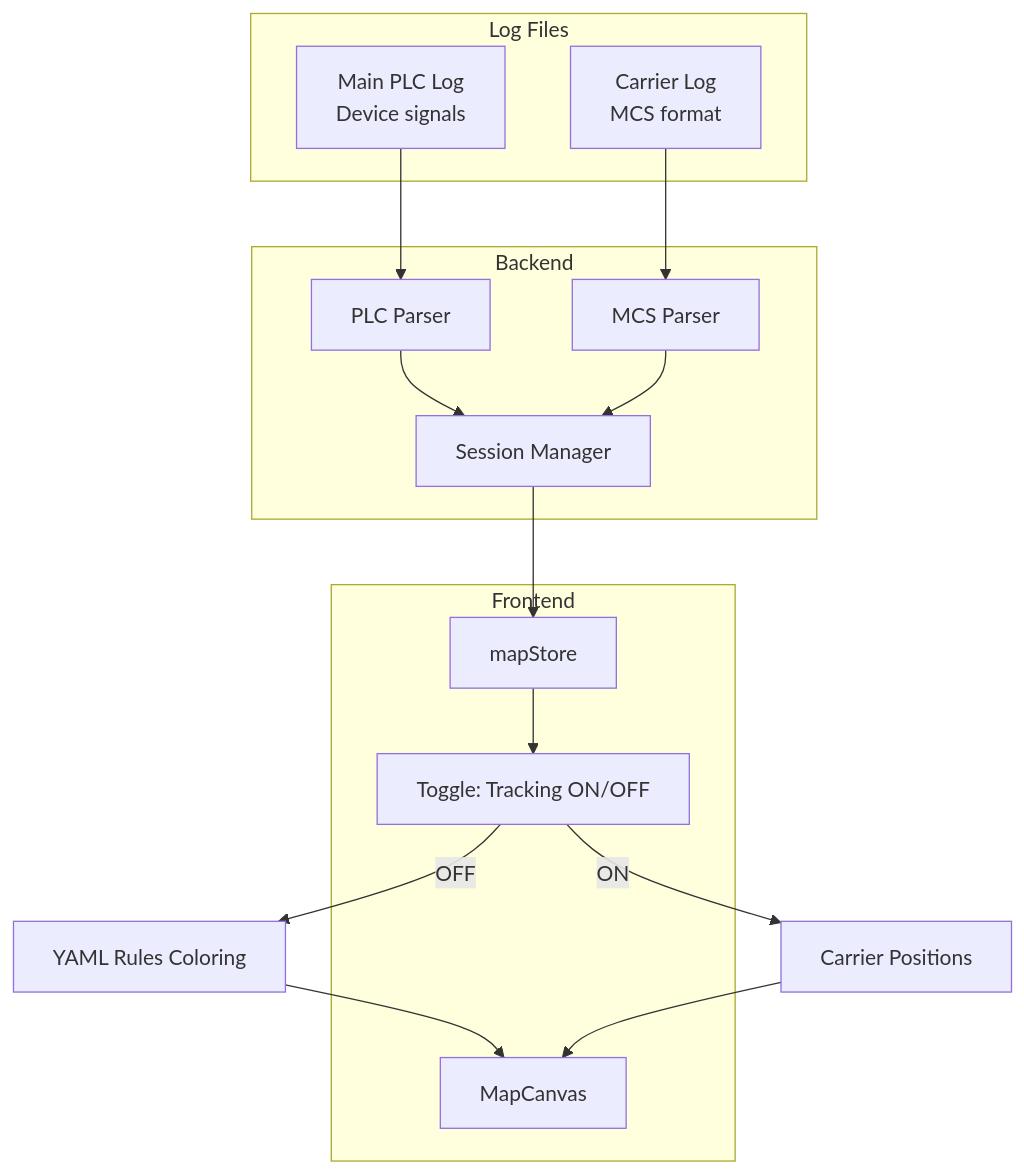
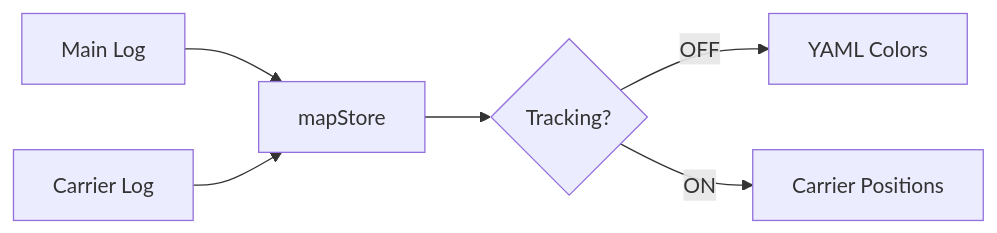
One commit to SulthanZahran91/LOG_VISUALIZER_WEB changed the diagram in CONTEXT.md. Above: the diagram before and after it, drawn with Mermaid. The commit also changed other lines of this file and 5 other files, not shown here.

````diff
--- a/CONTEXT.md
+++ b/CONTEXT.md
@@ -150,28 +94,8 @@
 ```mermaid
-flowchart TD
-    subgraph "Log Files"
-        A[Main PLC Log<br/>Device signals]
-        B[Carrier Log<br/>MCS format]
-    end
-    
-    subgraph "Backend"
-        C[PLC Parser]
-        D[MCS Parser]
-        E[Session Manager]
-    end
-    
-    subgraph "Frontend"
-        F[mapStore]
-        G["Toggle: Tracking ON/OFF"]
-        H[MapCanvas]
-    end
-    
-    A --> C --> E
-    B --> D --> E
-    E --> F
-    F --> G
-    G -->|OFF| I[YAML Rules Coloring]
-    G -->|ON| J[Carrier Positions]
-    I --> H
-    J --> H
+flowchart LR
+    A[Main Log] --> C[mapStore]
+    B[Carrier Log] --> C
+    C --> D{Tracking?}
+    D -->|OFF| E[YAML Colors]
+    D -->|ON| F[Carrier Positions]
 ```
````
